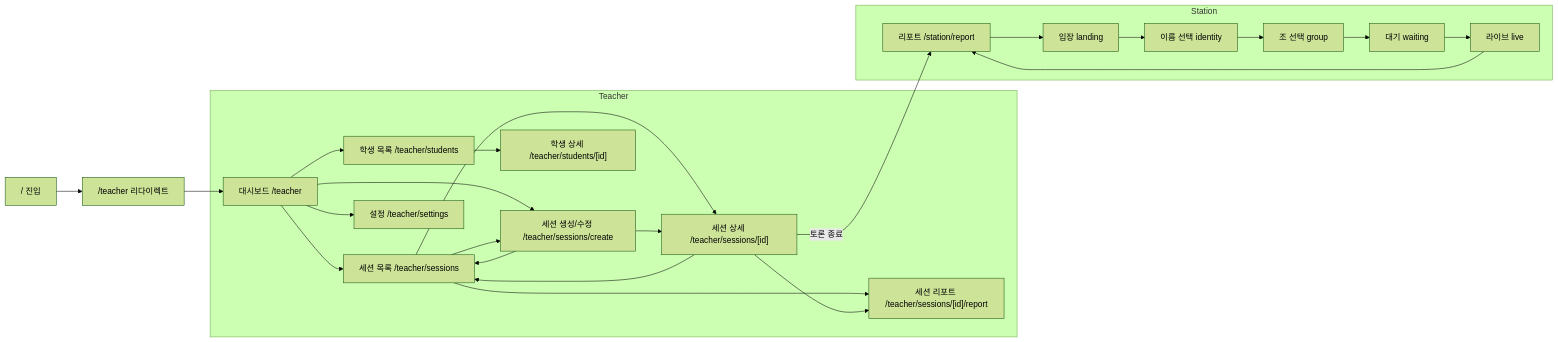
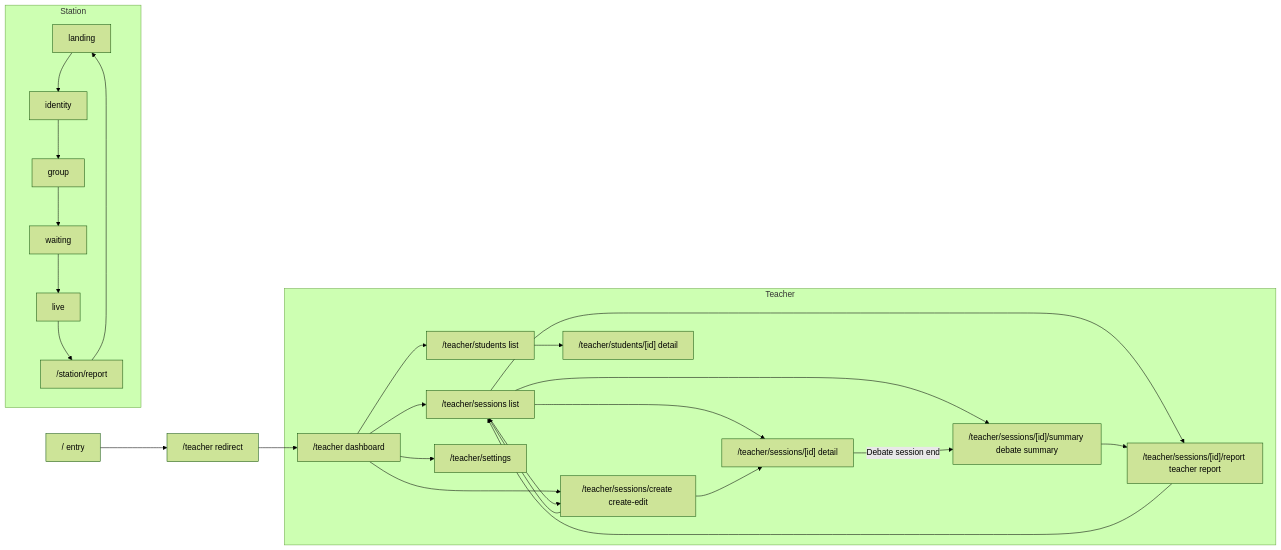
One commit to HanUseok/ClassFlow_1.4 changed the diagram in docs/ux-flows.mmd. Above: the diagram before and after it, drawn with Mermaid (forest theme). The commit also changed 11 other files, not shown here.

```diff
--- a/docs/ux-flows.mmd
+++ b/docs/ux-flows.mmd
@@ -1,45 +1,46 @@
 flowchart LR
-  A["/ 진입"] --> B["/teacher 리다이렉트"]
+  A["/ entry"] --> B["/teacher redirect"]
 
   subgraph Teacher["Teacher"]
-    T1["대시보드 /teacher"]
-    T2["세션 목록 /teacher/sessions"]
-    T3["세션 생성/수정 /teacher/sessions/create"]
-    T4["세션 상세 /teacher/sessions/[id]"]
-    T5["세션 리포트 /teacher/sessions/[id]/report"]
-    T6["학생 목록 /teacher/students"]
-    T7["학생 상세 /teacher/students/[id]"]
-    T8["설정 /teacher/settings"]
+    T1["/teacher dashboard"]
+    T2["/teacher/sessions list"]
+    T3["/teacher/sessions/create create-edit"]
+    T4["/teacher/sessions/[id] detail"]
+    T5["/teacher/sessions/[id]/summary debate summary"]
+    T6["/teacher/sessions/[id]/report teacher report"]
+    T7["/teacher/students list"]
+    T8["/teacher/students/[id] detail"]
+    T9["/teacher/settings"]
   end
 
   subgraph Station["Station"]
-    S1["입장 landing"]
-    S2["이름 선택 identity"]
-    S3["조 선택 group"]
-    S4["대기 waiting"]
-    S5["라이브 live"]
-    S6["리포트 /station/report"]
+    S1["landing"]
+    S2["identity"]
+    S3["group"]
+    S4["waiting"]
+    S5["live"]
+    S6["/station/report"]
   end
 
   B --> T1
   T1 --> T2
   T1 --> T3
-  T1 --> T6
-  T1 --> T8
+  T1 --> T7
+  T1 --> T9
 
   T2 --> T3
   T2 --> T4
   T2 --> T5
+  T2 --> T6
 
+  T3 --> T2
   T3 --> T4
-  T3 --> T2
 
-  T4 --> T5
-  T4 --> T2
+  T4 -->|"Debate session end"| T5
+  T5 --> T6
+  T6 --> T2
 
-  T6 --> T7
+  T7 --> T8
 
   S1 --> S2 --> S3 --> S4 --> S5 --> S6
   S6 --> S1
-
-  T4 -->|"토론 종료"| S6
```
